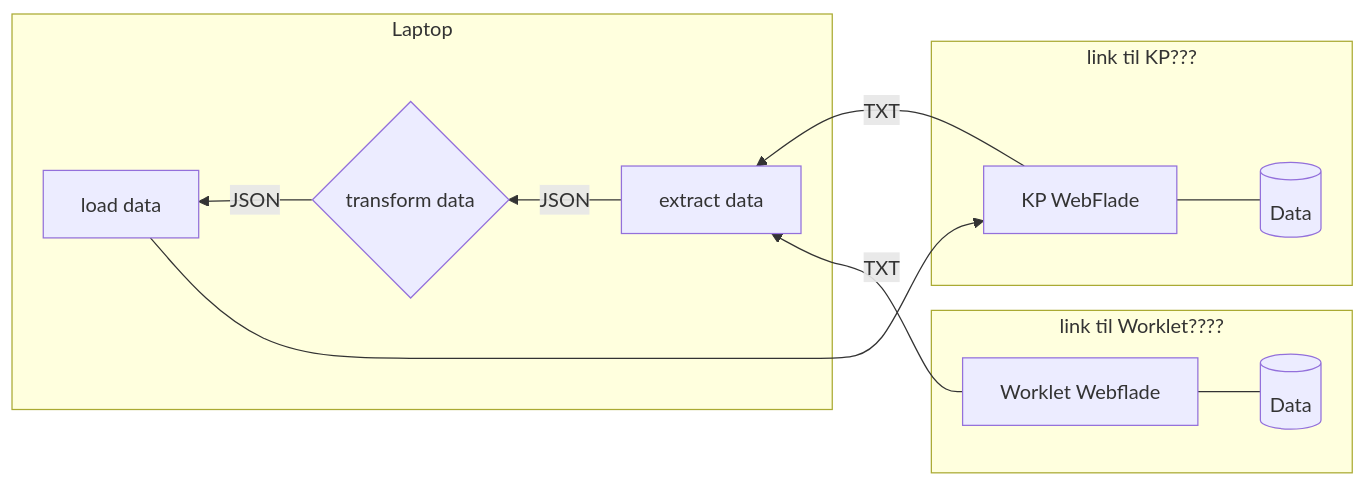
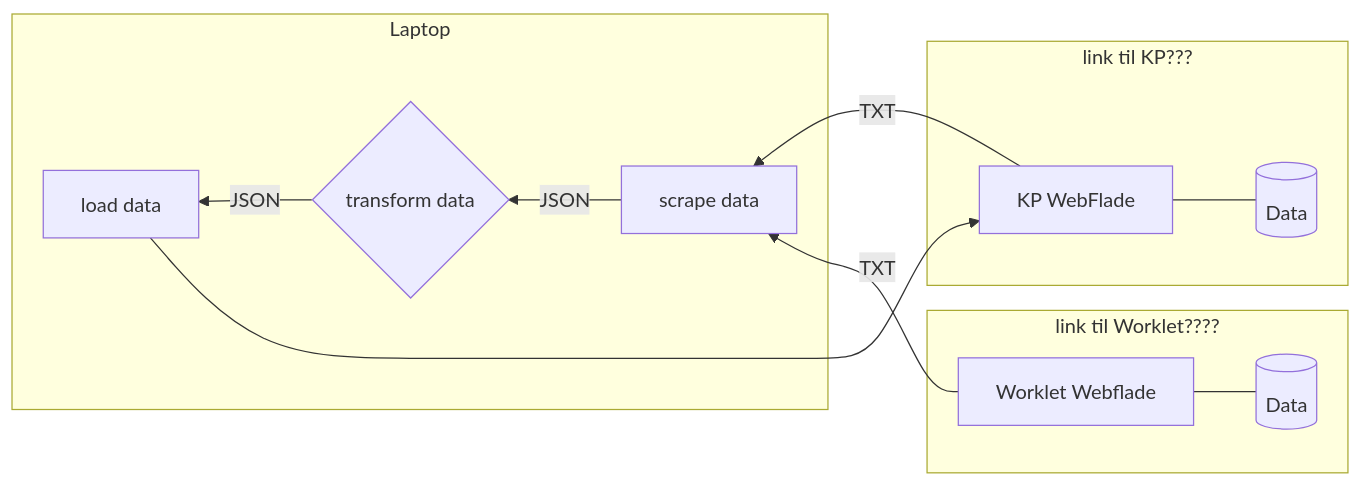
Before and after one commit to Randers-Kommune-Digitalisering/auto-tilskudsberegning-fodterapi: the diagram in README.md, drawn with Mermaid. The commit also changed other lines of this file, not shown here.

````diff
--- a/README.md
+++ b/README.md
@@ -45,23 +45,25 @@
 ```mermaid
 
 graph RL
     KPDB[(Data)] --- KPWEB[KP WebFlade] --> 
   
-    |TXT|E[extract data] -->
+    |TXT|E[scrape data] -->
     |JSON|T{transform data}-->
     |JSON|L[load data] --> KPWEB
 
     WLDB[(Data)] --- WLWEB[Worklet Webflade] -->|TXT| E
+
+    subgraph Laptop
+    E & T & L
+    end
 
     subgraph link til Worklet????
     WLDB & WLWEB
     end
   
     subgraph link til KP???
     KPDB & KPWEB
     end
   
-    subgraph Laptop
-    E & T & L
-    end
+
 ```
````
